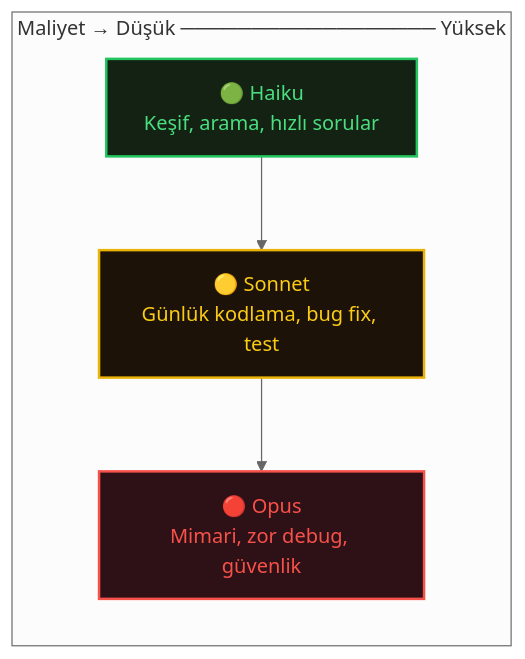
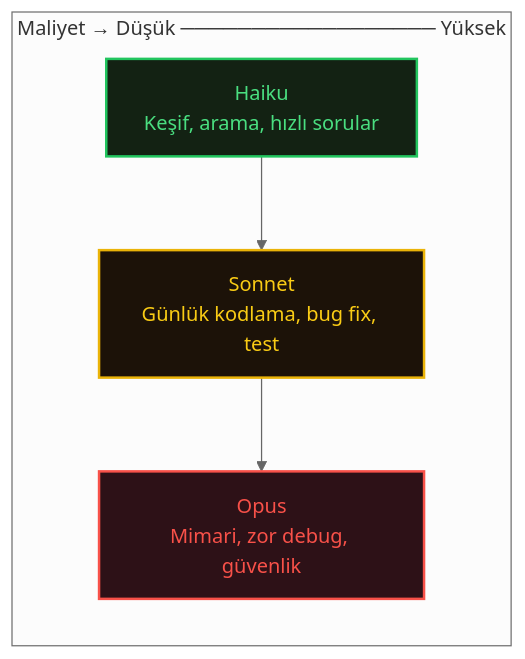
The diagram in 02-Which-Model-Should-I-Choose.md (alperhankendi/claude-code-mastery), drawn with Mermaid (neutral theme) before and after one commit. The commit also changed other lines of this file and 8 other files, not shown here.

````diff
--- a/02-Which-Model-Should-I-Choose.md
+++ b/02-Which-Model-Should-I-Choose.md
@@ -24,14 +24,14 @@
 ```mermaid
 graph LR
     subgraph COST["Maliyet → Düşük ────────────────── Yüksek"]
-        H["🟢 Haiku<br/>Keşif, arama, hızlı sorular"]
-        S["🟡 Sonnet<br/>Günlük kodlama, bug fix, test"]
-        O["🔴 Opus<br/>Mimari, zor debug, güvenlik"]
+        H["Haiku<br/>Keşif, arama, hızlı sorular"]
+        S["Sonnet<br/>Günlük kodlama, bug fix, test"]
+        O["Opus<br/>Mimari, zor debug, güvenlik"]
     end
 
     H --> S --> O
 
     style H fill:#132213,stroke:#22c55e,stroke-width:2px,color:#4ade80
     style S fill:#1c1208,stroke:#eab308,stroke-width:2px,color:#facc15
     style O fill:#2d1117,stroke:#f85149,stroke-width:2px,color:#f85149
 ```
````
